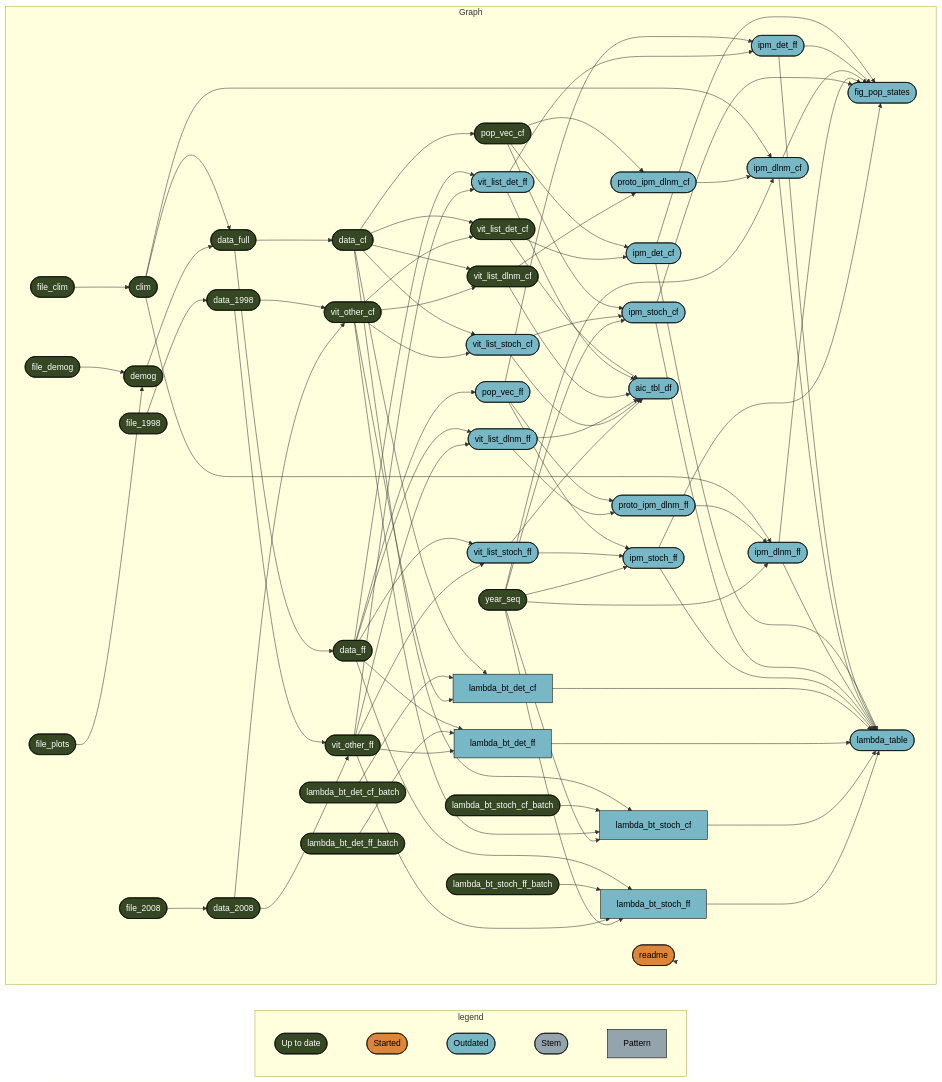
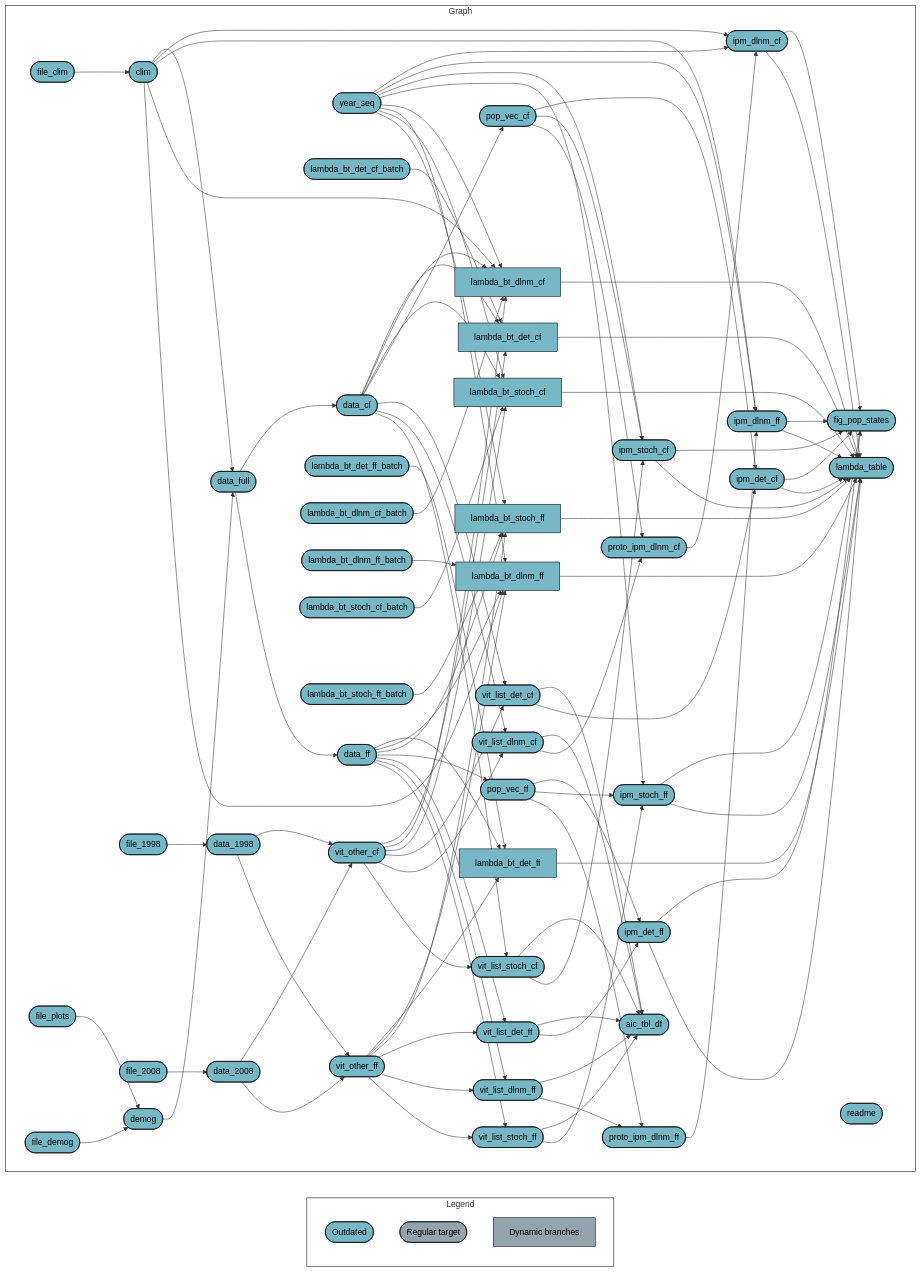
Before and after one commit to BrunaLab/lagged-ipms: the diagram in README.md, drawn with Mermaid. The commit also changed other lines of this file and 1 other file, not shown here.

Commit message:
edt readme

````diff
--- a/README.md
+++ b/README.md
@@ -45,106 +57,111 @@
 ``` mermaid
 graph LR
-  subgraph legend
-    direction LR
-    x7420bd9270f8d27d([""Up to date""]):::uptodate --- x5b3426b4c7fa7dbc([""Started""]):::started
-    x5b3426b4c7fa7dbc([""Started""]):::started --- x0a52b03877696646([""Outdated""]):::outdated
-    x0a52b03877696646([""Outdated""]):::outdated --- xbf4603d6c2c2ad6b([""Stem""]):::none
-    xbf4603d6c2c2ad6b([""Stem""]):::none --- x70a5fa6bea6f298d[""Pattern""]:::none
+  style Legend fill:#FFFFFF00,stroke:#000000;
+  style Graph fill:#FFFFFF00,stroke:#000000;
+  subgraph Legend
+    x2db1ec7a48f65a9b(["Outdated"]):::outdated
+    xd03d7c7dd2ddda2b(["Regular target"]):::none
+    x6f7e04ea3427f824["Dynamic branches"]:::none
   end
   subgraph Graph
     direction LR
-    x29048af5562090f1(["data_ff"]):::uptodate --> x66b84036e0b3f448(["pop_vec_ff"]):::outdated
-    xbc9b1e1f391d5dc4(["pop_vec_cf"]):::uptodate --> xd33e1ebf0b9525d1(["ipm_det_cf"]):::outdated
-    xdd4240eae739d5a0(["vit_list_det_cf"]):::uptodate --> xd33e1ebf0b9525d1(["ipm_det_cf"]):::outdated
-    x66b84036e0b3f448(["pop_vec_ff"]):::outdated --> xc40105c4aa648483(["ipm_det_ff"]):::outdated
-    x3f5dae9caaa8de3d(["vit_list_det_ff"]):::outdated --> xc40105c4aa648483(["ipm_det_ff"]):::outdated
-    x0aed4093939f76f0(["data_cf"]):::uptodate --> xbc9b1e1f391d5dc4(["pop_vec_cf"]):::uptodate
-    x29048af5562090f1(["data_ff"]):::uptodate --> x01cf57b49afd9c4e["lambda_bt_stoch_ff"]:::outdated
-    xee6ffe53df5db6e0(["lambda_bt_stoch_ff_batch"]):::uptodate --> x01cf57b49afd9c4e["lambda_bt_stoch_ff"]:::outdated
-    x2bc7a3254fee9de8(["vit_other_ff"]):::uptodate --> x01cf57b49afd9c4e["lambda_bt_stoch_ff"]:::outdated
-    x30536edc201e3ffd(["year_seq"]):::uptodate --> x01cf57b49afd9c4e["lambda_bt_stoch_ff"]:::outdated
-    xd33e1ebf0b9525d1(["ipm_det_cf"]):::outdated --> xb6337e8a83553fe6(["fig_pop_states"]):::outdated
-    xc40105c4aa648483(["ipm_det_ff"]):::outdated --> xb6337e8a83553fe6(["fig_pop_states"]):::outdated
-    xad111d9a6de9849e(["ipm_dlnm_cf"]):::outdated --> xb6337e8a83553fe6(["fig_pop_states"]):::outdated
-    x1d8bc3cd0f5951b5(["ipm_dlnm_ff"]):::outdated --> xb6337e8a83553fe6(["fig_pop_states"]):::outdated
-    xf695dbbabfccbc3d(["ipm_stoch_cf"]):::outdated --> xb6337e8a83553fe6(["fig_pop_states"]):::outdated
-    x29f5ff631139793b(["ipm_stoch_ff"]):::outdated --> xb6337e8a83553fe6(["fig_pop_states"]):::outdated
-    x0da14f72b4678693(["clim"]):::uptodate --> xe3bb960370d9434e(["data_full"]):::uptodate
-    x39bf1b937dd4e8d7(["demog"]):::uptodate --> xe3bb960370d9434e(["data_full"]):::uptodate
-    xd33e1ebf0b9525d1(["ipm_det_cf"]):::outdated --> x45cf3d9da0bb10ef(["lambda_table"]):::outdated
-    xc40105c4aa648483(["ipm_det_ff"]):::outdated --> x45cf3d9da0bb10ef(["lambda_table"]):::outdated
-    xad111d9a6de9849e(["ipm_dlnm_cf"]):::outdated --> x45cf3d9da0bb10ef(["lambda_table"]):::outdated
-    x1d8bc3cd0f5951b5(["ipm_dlnm_ff"]):::outdated --> x45cf3d9da0bb10ef(["lambda_table"]):::outdated
-    xf695dbbabfccbc3d(["ipm_stoch_cf"]):::outdated --> x45cf3d9da0bb10ef(["lambda_table"]):::outdated
-    x29f5ff631139793b(["ipm_stoch_ff"]):::outdated --> x45cf3d9da0bb10ef(["lambda_table"]):::outdated
-    x4453e3f37167c52e["lambda_bt_det_cf"]:::outdated --> x45cf3d9da0bb10ef(["lambda_table"]):::outdated
-    xa66f96c499139e98["lambda_bt_det_ff"]:::outdated --> x45cf3d9da0bb10ef(["lambda_table"]):::outdated
-    xad89e792bf5290ce["lambda_bt_stoch_cf"]:::outdated --> x45cf3d9da0bb10ef(["lambda_table"]):::outdated
-    x01cf57b49afd9c4e["lambda_bt_stoch_ff"]:::outdated --> x45cf3d9da0bb10ef(["lambda_table"]):::outdated
-    xbc9b1e1f391d5dc4(["pop_vec_cf"]):::uptodate --> x2d3035f88bd10bcd(["proto_ipm_dlnm_cf"]):::outdated
-    xe43dbf59794f4013(["vit_list_dlnm_cf"]):::uptodate --> x2d3035f88bd10bcd(["proto_ipm_dlnm_cf"]):::outdated
-    xe3bb960370d9434e(["data_full"]):::uptodate --> x29048af5562090f1(["data_ff"]):::uptodate
-    xe3bb960370d9434e(["data_full"]):::uptodate --> x0aed4093939f76f0(["data_cf"]):::uptodate
-    x0da14f72b4678693(["clim"]):::uptodate --> xad111d9a6de9849e(["ipm_dlnm_cf"]):::outdated
-    x2d3035f88bd10bcd(["proto_ipm_dlnm_cf"]):::outdated --> xad111d9a6de9849e(["ipm_dlnm_cf"]):::outdated
-    x30536edc201e3ffd(["year_seq"]):::uptodate --> xad111d9a6de9849e(["ipm_dlnm_cf"]):::outdated
-    x66b84036e0b3f448(["pop_vec_ff"]):::outdated --> x29f5ff631139793b(["ipm_stoch_ff"]):::outdated
-    x334e385c160dc2b0(["vit_list_stoch_ff"]):::outdated --> x29f5ff631139793b(["ipm_stoch_ff"]):::outdated
-    x30536edc201e3ffd(["year_seq"]):::uptodate --> x29f5ff631139793b(["ipm_stoch_ff"]):::outdated
-    xba761c5e0ff843b6(["file_1998"]):::uptodate --> xe26f190063fc1e58(["data_1998"]):::uptodate
-    x29048af5562090f1(["data_ff"]):::uptodate --> x3f5dae9caaa8de3d(["vit_list_det_ff"]):::outdated
-    x2bc7a3254fee9de8(["vit_other_ff"]):::uptodate --> x3f5dae9caaa8de3d(["vit_list_det_ff"]):::outdated
-    x29048af5562090f1(["data_ff"]):::uptodate --> x334e385c160dc2b0(["vit_list_stoch_ff"]):::outdated
-    x2bc7a3254fee9de8(["vit_other_ff"]):::uptodate --> x334e385c160dc2b0(["vit_list_stoch_ff"]):::outdated
-    x0aed4093939f76f0(["data_cf"]):::uptodate --> xad89e792bf5290ce["lambda_bt_stoch_cf"]:::outdated
-    x678be229f95ec9d0(["lambda_bt_stoch_cf_batch"]):::uptodate --> xad89e792bf5290ce["lambda_bt_stoch_cf"]:::outdated
-    x35acd3e9ec909b35(["vit_other_cf"]):::uptodate --> xad89e792bf5290ce["lambda_bt_stoch_cf"]:::outdated
-    x30536edc201e3ffd(["year_seq"]):::uptodate --> xad89e792bf5290ce["lambda_bt_stoch_cf"]:::outdated
-    x0aed4093939f76f0(["data_cf"]):::uptodate --> xd8d8a97005a4f298(["vit_list_stoch_cf"]):::outdated
-    x35acd3e9ec909b35(["vit_other_cf"]):::uptodate --> xd8d8a97005a4f298(["vit_list_stoch_cf"]):::outdated
-    x0aed4093939f76f0(["data_cf"]):::uptodate --> xe43dbf59794f4013(["vit_list_dlnm_cf"]):::uptodate
-    x35acd3e9ec909b35(["vit_other_cf"]):::uptodate --> xe43dbf59794f4013(["vit_list_dlnm_cf"]):::uptodate
-    x66b84036e0b3f448(["pop_vec_ff"]):::outdated --> x3ec8f593bd525990(["proto_ipm_dlnm_ff"]):::outdated
-    x3a51b9522ce608f3(["vit_list_dlnm_ff"]):::outdated --> x3ec8f593bd525990(["proto_ipm_dlnm_ff"]):::outdated
-    x0da14f72b4678693(["clim"]):::uptodate --> x1d8bc3cd0f5951b5(["ipm_dlnm_ff"]):::outdated
-    x3ec8f593bd525990(["proto_ipm_dlnm_ff"]):::outdated --> x1d8bc3cd0f5951b5(["ipm_dlnm_ff"]):::outdated
-    x30536edc201e3ffd(["year_seq"]):::uptodate --> x1d8bc3cd0f5951b5(["ipm_dlnm_ff"]):::outdated
-    xe26f190063fc1e58(["data_1998"]):::uptodate --> x2bc7a3254fee9de8(["vit_other_ff"]):::uptodate
-    xc95612f17d7e9c7f(["data_2008"]):::uptodate --> x2bc7a3254fee9de8(["vit_other_ff"]):::uptodate
-    xbc9b1e1f391d5dc4(["pop_vec_cf"]):::uptodate --> xf695dbbabfccbc3d(["ipm_stoch_cf"]):::outdated
-    xd8d8a97005a4f298(["vit_list_stoch_cf"]):::outdated --> xf695dbbabfccbc3d(["ipm_stoch_cf"]):::outdated
-    x30536edc201e3ffd(["year_seq"]):::uptodate --> xf695dbbabfccbc3d(["ipm_stoch_cf"]):::outdated
-    x0aed4093939f76f0(["data_cf"]):::uptodate --> x4453e3f37167c52e["lambda_bt_det_cf"]:::outdated
-    x192af290b35c0804(["lambda_bt_det_cf_batch"]):::uptodate --> x4453e3f37167c52e["lambda_bt_det_cf"]:::outdated
-    x35acd3e9ec909b35(["vit_other_cf"]):::uptodate --> x4453e3f37167c52e["lambda_bt_det_cf"]:::outdated
-    xe26f190063fc1e58(["data_1998"]):::uptodate --> x35acd3e9ec909b35(["vit_other_cf"]):::uptodate
-    xc95612f17d7e9c7f(["data_2008"]):::uptodate --> x35acd3e9ec909b35(["vit_other_cf"]):::uptodate
-    x29048af5562090f1(["data_ff"]):::uptodate --> xa66f96c499139e98["lambda_bt_det_ff"]:::outdated
-    xf6ff88faae11e235(["lambda_bt_det_ff_batch"]):::uptodate --> xa66f96c499139e98["lambda_bt_det_ff"]:::outdated
-    x2bc7a3254fee9de8(["vit_other_ff"]):::uptodate --> xa66f96c499139e98["lambda_bt_det_ff"]:::outdated
-    x7134afe7f02e398f(["file_demog"]):::uptodate --> x39bf1b937dd4e8d7(["demog"]):::uptodate
-    xe90b608731259390(["file_plots"]):::uptodate --> x39bf1b937dd4e8d7(["demog"]):::uptodate
-    x336c9aae0b515bb1(["file_2008"]):::uptodate --> xc95612f17d7e9c7f(["data_2008"]):::uptodate
-    x0aed4093939f76f0(["data_cf"]):::uptodate --> xdd4240eae739d5a0(["vit_list_det_cf"]):::uptodate
-    x35acd3e9ec909b35(["vit_other_cf"]):::uptodate --> xdd4240eae739d5a0(["vit_list_det_cf"]):::uptodate
-    xe928672abb7e71b0(["file_clim"]):::uptodate --> x0da14f72b4678693(["clim"]):::uptodate
-    x29048af5562090f1(["data_ff"]):::uptodate --> x3a51b9522ce608f3(["vit_list_dlnm_ff"]):::outdated
-    x2bc7a3254fee9de8(["vit_other_ff"]):::uptodate --> x3a51b9522ce608f3(["vit_list_dlnm_ff"]):::outdated
-    xdd4240eae739d5a0(["vit_list_det_cf"]):::uptodate --> x40af609b921b83c4(["aic_tbl_df"]):::outdated
-    x3f5dae9caaa8de3d(["vit_list_det_ff"]):::outdated --> x40af609b921b83c4(["aic_tbl_df"]):::outdated
-    xe43dbf59794f4013(["vit_list_dlnm_cf"]):::uptodate --> x40af609b921b83c4(["aic_tbl_df"]):::outdated
-    x3a51b9522ce608f3(["vit_list_dlnm_ff"]):::outdated --> x40af609b921b83c4(["aic_tbl_df"]):::outdated
-    xd8d8a97005a4f298(["vit_list_stoch_cf"]):::outdated --> x40af609b921b83c4(["aic_tbl_df"]):::outdated
-    x334e385c160dc2b0(["vit_list_stoch_ff"]):::outdated --> x40af609b921b83c4(["aic_tbl_df"]):::outdated
-    x6e52cb0f1668cc22(["readme"]):::started --> x6e52cb0f1668cc22(["readme"]):::started
+    xebd4655b0c2ad5b7(["vit_list_stoch_ff"]):::outdated --> xd86ad8a14052b127(["aic_tbl_df"]):::outdated
+    xf5ae41be40a20de5(["vit_list_stoch_cf"]):::outdated --> xd86ad8a14052b127(["aic_tbl_df"]):::outdated
+    x897a86730224236f(["vit_list_det_cf"]):::outdated --> xd86ad8a14052b127(["aic_tbl_df"]):::outdated
+    xe492e7136a847abe(["vit_list_dlnm_ff"]):::outdated --> xd86ad8a14052b127(["aic_tbl_df"]):::outdated
+    x14d4fd4347f01489(["vit_list_det_ff"]):::outdated --> xd86ad8a14052b127(["aic_tbl_df"]):::outdated
+    xcbaf1465d19cff85(["vit_list_dlnm_cf"]):::outdated --> xd86ad8a14052b127(["aic_tbl_df"]):::outdated
+    x2ef90b72a613e0ee(["file_clim"]):::outdated --> x644d99c459f6caa5(["clim"]):::outdated
+    xaa9fd089aea8e50f(["file_1998"]):::outdated --> x4a9ce7f36e333d4a(["data_1998"]):::outdated
+    x3fedaeaba501a0ee(["file_2008"]):::outdated --> x910f97abe8dad3e1(["data_2008"]):::outdated
+    xbd6a4f6f8449f967(["data_full"]):::outdated --> x2fca12f73659cbfb(["data_cf"]):::outdated
+    xbd6a4f6f8449f967(["data_full"]):::outdated --> xfad7f4702311e2f5(["data_ff"]):::outdated
+    x644d99c459f6caa5(["clim"]):::outdated --> xbd6a4f6f8449f967(["data_full"]):::outdated
+    xef3d3135cfbe230e(["demog"]):::outdated --> xbd6a4f6f8449f967(["data_full"]):::outdated
+    x80310e7930ac921f(["file_plots"]):::outdated --> xef3d3135cfbe230e(["demog"]):::outdated
+    xd6c299285d38bc95(["file_demog"]):::outdated --> xef3d3135cfbe230e(["demog"]):::outdated
+    x0ad03462f512fcae(["ipm_dlnm_ff"]):::outdated --> xbb3a8a41c8824fd5(["fig_pop_states"]):::outdated
+    xaeefff597618a75b(["ipm_det_cf"]):::outdated --> xbb3a8a41c8824fd5(["fig_pop_states"]):::outdated
+    xef98d5b967957e11(["ipm_det_ff"]):::outdated --> xbb3a8a41c8824fd5(["fig_pop_states"]):::outdated
+    x04f53fee37c65025(["ipm_stoch_ff"]):::outdated --> xbb3a8a41c8824fd5(["fig_pop_states"]):::outdated
+    xe9f1065d0448c6f8(["ipm_dlnm_cf"]):::outdated --> xbb3a8a41c8824fd5(["fig_pop_states"]):::outdated
+    x11d391afdb9927e4(["ipm_stoch_cf"]):::outdated --> xbb3a8a41c8824fd5(["fig_pop_states"]):::outdated
+    x897a86730224236f(["vit_list_det_cf"]):::outdated --> xaeefff597618a75b(["ipm_det_cf"]):::outdated
+    xac90971809b66999(["pop_vec_cf"]):::outdated --> xaeefff597618a75b(["ipm_det_cf"]):::outdated
+    x14d4fd4347f01489(["vit_list_det_ff"]):::outdated --> xef98d5b967957e11(["ipm_det_ff"]):::outdated
+    x09567539de6c9fef(["pop_vec_ff"]):::outdated --> xef98d5b967957e11(["ipm_det_ff"]):::outdated
+    x644d99c459f6caa5(["clim"]):::outdated --> xe9f1065d0448c6f8(["ipm_dlnm_cf"]):::outdated
+    x78f4bb1e88dab3ea(["proto_ipm_dlnm_cf"]):::outdated --> xe9f1065d0448c6f8(["ipm_dlnm_cf"]):::outdated
+    x06f55b705e604f4a(["year_seq"]):::outdated --> xe9f1065d0448c6f8(["ipm_dlnm_cf"]):::outdated
+    x06f55b705e604f4a(["year_seq"]):::outdated --> x0ad03462f512fcae(["ipm_dlnm_ff"]):::outdated
+    x644d99c459f6caa5(["clim"]):::outdated --> x0ad03462f512fcae(["ipm_dlnm_ff"]):::outdated
+    x8cc7ac1f645b71da(["proto_ipm_dlnm_ff"]):::outdated --> x0ad03462f512fcae(["ipm_dlnm_ff"]):::outdated
+    xac90971809b66999(["pop_vec_cf"]):::outdated --> x11d391afdb9927e4(["ipm_stoch_cf"]):::outdated
+    xf5ae41be40a20de5(["vit_list_stoch_cf"]):::outdated --> x11d391afdb9927e4(["ipm_stoch_cf"]):::outdated
+    x06f55b705e604f4a(["year_seq"]):::outdated --> x11d391afdb9927e4(["ipm_stoch_cf"]):::outdated
+    x06f55b705e604f4a(["year_seq"]):::outdated --> x04f53fee37c65025(["ipm_stoch_ff"]):::outdated
+    xebd4655b0c2ad5b7(["vit_list_stoch_ff"]):::outdated --> x04f53fee37c65025(["ipm_stoch_ff"]):::outdated
+    x09567539de6c9fef(["pop_vec_ff"]):::outdated --> x04f53fee37c65025(["ipm_stoch_ff"]):::outdated
+    x5d23a2913d4a0549(["lambda_bt_det_cf_batch"]):::outdated --> x26a20619c20d7070["lambda_bt_det_cf"]:::outdated
+    xdab15a36e1ac628a(["vit_other_cf"]):::outdated --> x26a20619c20d7070["lambda_bt_det_cf"]:::outdated
+    x2fca12f73659cbfb(["data_cf"]):::outdated --> x26a20619c20d7070["lambda_bt_det_cf"]:::outdated
+    xfad7f4702311e2f5(["data_ff"]):::outdated --> x4f683f8931d2a29b["lambda_bt_det_ff"]:::outdated
+    xca03ba09c6104674(["vit_other_ff"]):::outdated --> x4f683f8931d2a29b["lambda_bt_det_ff"]:::outdated
+    xab66e861332c75c8(["lambda_bt_det_ff_batch"]):::outdated --> x4f683f8931d2a29b["lambda_bt_det_ff"]:::outdated
+    xdab15a36e1ac628a(["vit_other_cf"]):::outdated --> xd805c6ec10296fdd["lambda_bt_dlnm_cf"]:::outdated
+    x06f55b705e604f4a(["year_seq"]):::outdated --> xd805c6ec10296fdd["lambda_bt_dlnm_cf"]:::outdated
+    x644d99c459f6caa5(["clim"]):::outdated --> xd805c6ec10296fdd["lambda_bt_dlnm_cf"]:::outdated
+    x3e4b74d2bfead5ed(["lambda_bt_dlnm_cf_batch"]):::outdated --> xd805c6ec10296fdd["lambda_bt_dlnm_cf"]:::outdated
+    x2fca12f73659cbfb(["data_cf"]):::outdated --> xd805c6ec10296fdd["lambda_bt_dlnm_cf"]:::outdated
+    xca03ba09c6104674(["vit_other_ff"]):::outdated --> x69ff09c053ec832a["lambda_bt_dlnm_ff"]:::outdated
+    x15ae32b06c294ecf(["lambda_bt_dlnm_ff_batch"]):::outdated --> x69ff09c053ec832a["lambda_bt_dlnm_ff"]:::outdated
+    xfad7f4702311e2f5(["data_ff"]):::outdated --> x69ff09c053ec832a["lambda_bt_dlnm_ff"]:::outdated
+    x644d99c459f6caa5(["clim"]):::outdated --> x69ff09c053ec832a["lambda_bt_dlnm_ff"]:::outdated
+    x06f55b705e604f4a(["year_seq"]):::outdated --> x69ff09c053ec832a["lambda_bt_dlnm_ff"]:::outdated
+    xcd03fda18ba0ec72(["lambda_bt_stoch_cf_batch"]):::outdated --> x84d46e9b4adcf058["lambda_bt_stoch_cf"]:::outdated
+    x06f55b705e604f4a(["year_seq"]):::outdated --> x84d46e9b4adcf058["lambda_bt_stoch_cf"]:::outdated
+    xdab15a36e1ac628a(["vit_other_cf"]):::outdated --> x84d46e9b4adcf058["lambda_bt_stoch_cf"]:::outdated
+    x2fca12f73659cbfb(["data_cf"]):::outdated --> x84d46e9b4adcf058["lambda_bt_stoch_cf"]:::outdated
+    xca03ba09c6104674(["vit_other_ff"]):::outdated --> x60fbc84484522bae["lambda_bt_stoch_ff"]:::outdated
+    xfad7f4702311e2f5(["data_ff"]):::outdated --> x60fbc84484522bae["lambda_bt_stoch_ff"]:::outdated
+    x395b13a272516866(["lambda_bt_stoch_ff_batch"]):::outdated --> x60fbc84484522bae["lambda_bt_stoch_ff"]:::outdated
+    x06f55b705e604f4a(["year_seq"]):::outdated --> x60fbc84484522bae["lambda_bt_stoch_ff"]:::outdated
+    xaeefff597618a75b(["ipm_det_cf"]):::outdated --> x76f035a61e7630dc(["lambda_table"]):::outdated
+    xef98d5b967957e11(["ipm_det_ff"]):::outdated --> x76f035a61e7630dc(["lambda_table"]):::outdated
+    x26a20619c20d7070["lambda_bt_det_cf"]:::outdated --> x76f035a61e7630dc(["lambda_table"]):::outdated
+    x11d391afdb9927e4(["ipm_stoch_cf"]):::outdated --> x76f035a61e7630dc(["lambda_table"]):::outdated
+    x04f53fee37c65025(["ipm_stoch_ff"]):::outdated --> x76f035a61e7630dc(["lambda_table"]):::outdated
+    xd805c6ec10296fdd["lambda_bt_dlnm_cf"]:::outdated --> x76f035a61e7630dc(["lambda_table"]):::outdated
+    x84d46e9b4adcf058["lambda_bt_stoch_cf"]:::outdated --> x76f035a61e7630dc(["lambda_table"]):::outdated
+    x4f683f8931d2a29b["lambda_bt_det_ff"]:::outdated --> x76f035a61e7630dc(["lambda_table"]):::outdated
+    xe9f1065d0448c6f8(["ipm_dlnm_cf"]):::outdated --> x76f035a61e7630dc(["lambda_table"]):::outdated
+    x0ad03462f512fcae(["ipm_dlnm_ff"]):::outdated --> x76f035a61e7630dc(["lambda_table"]):::outdated
+    x60fbc84484522bae["lambda_bt_stoch_ff"]:::outdated --> x76f035a61e7630dc(["lambda_table"]):::outdated
+    x69ff09c053ec832a["lambda_bt_dlnm_ff"]:::outdated --> x76f035a61e7630dc(["lambda_table"]):::outdated
+    x2fca12f73659cbfb(["data_cf"]):::outdated --> xac90971809b66999(["pop_vec_cf"]):::outdated
+    xfad7f4702311e2f5(["data_ff"]):::outdated --> x09567539de6c9fef(["pop_vec_ff"]):::outdated
+    xac90971809b66999(["pop_vec_cf"]):::outdated --> x78f4bb1e88dab3ea(["proto_ipm_dlnm_cf"]):::outdated
+    xcbaf1465d19cff85(["vit_list_dlnm_cf"]):::outdated --> x78f4bb1e88dab3ea(["proto_ipm_dlnm_cf"]):::outdated
+    x09567539de6c9fef(["pop_vec_ff"]):::outdated --> x8cc7ac1f645b71da(["proto_ipm_dlnm_ff"]):::outdated
+    xe492e7136a847abe(["vit_list_dlnm_ff"]):::outdated --> x8cc7ac1f645b71da(["proto_ipm_dlnm_ff"]):::outdated
+    x2fca12f73659cbfb(["data_cf"]):::outdated --> x897a86730224236f(["vit_list_det_cf"]):::outdated
+    xdab15a36e1ac628a(["vit_other_cf"]):::outdated --> x897a86730224236f(["vit_list_det_cf"]):::outdated
+    xca03ba09c6104674(["vit_other_ff"]):::outdated --> x14d4fd4347f01489(["vit_list_det_ff"]):::outdated
+    xfad7f4702311e2f5(["data_ff"]):::outdated --> x14d4fd4347f01489(["vit_list_det_ff"]):::outdated
+    x2fca12f73659cbfb(["data_cf"]):::outdated --> xcbaf1465d19cff85(["vit_list_dlnm_cf"]):::outdated
+    xdab15a36e1ac628a(["vit_other_cf"]):::outdated --> xcbaf1465d19cff85(["vit_list_dlnm_cf"]):::outdated
+    xfad7f4702311e2f5(["data_ff"]):::outdated --> xe492e7136a847abe(["vit_list_dlnm_ff"]):::outdated
+    xca03ba09c6104674(["vit_other_ff"]):::outdated --> xe492e7136a847abe(["vit_list_dlnm_ff"]):::outdated
+    xdab15a36e1ac628a(["vit_other_cf"]):::outdated --> xf5ae41be40a20de5(["vit_list_stoch_cf"]):::outdated
+    x2fca12f73659cbfb(["data_cf"]):::outdated --> xf5ae41be40a20de5(["vit_list_stoch_cf"]):::outdated
+    xfad7f4702311e2f5(["data_ff"]):::outdated --> xebd4655b0c2ad5b7(["vit_list_stoch_ff"]):::outdated
+    xca03ba09c6104674(["vit_other_ff"]):::outdated --> xebd4655b0c2ad5b7(["vit_list_stoch_ff"]):::outdated
+    x910f97abe8dad3e1(["data_2008"]):::outdated --> xdab15a36e1ac628a(["vit_other_cf"]):::outdated
+    x4a9ce7f36e333d4a(["data_1998"]):::outdated --> xdab15a36e1ac628a(["vit_other_cf"]):::outdated
+    x4a9ce7f36e333d4a(["data_1998"]):::outdated --> xca03ba09c6104674(["vit_other_ff"]):::outdated
+    x910f97abe8dad3e1(["data_2008"]):::outdated --> xca03ba09c6104674(["vit_other_ff"]):::outdated
+    xc11069275cfeb620(["readme"]):::outdated
   end
-  classDef uptodate stroke:#000000,color:#ffffff,fill:#354823;
-  classDef started stroke:#000000,color:#000000,fill:#DC863B;
   classDef outdated stroke:#000000,color:#000000,fill:#78B7C5;
   classDef none stroke:#000000,color:#000000,fill:#94a4ac;
-  linkStyle 0 stroke-width:0px;
-  linkStyle 1 stroke-width:0px;
-  linkStyle 2 stroke-width:0px;
-  linkStyle 3 stroke-width:0px;
-  linkStyle 87 stroke-width:0px;
 ```
````
